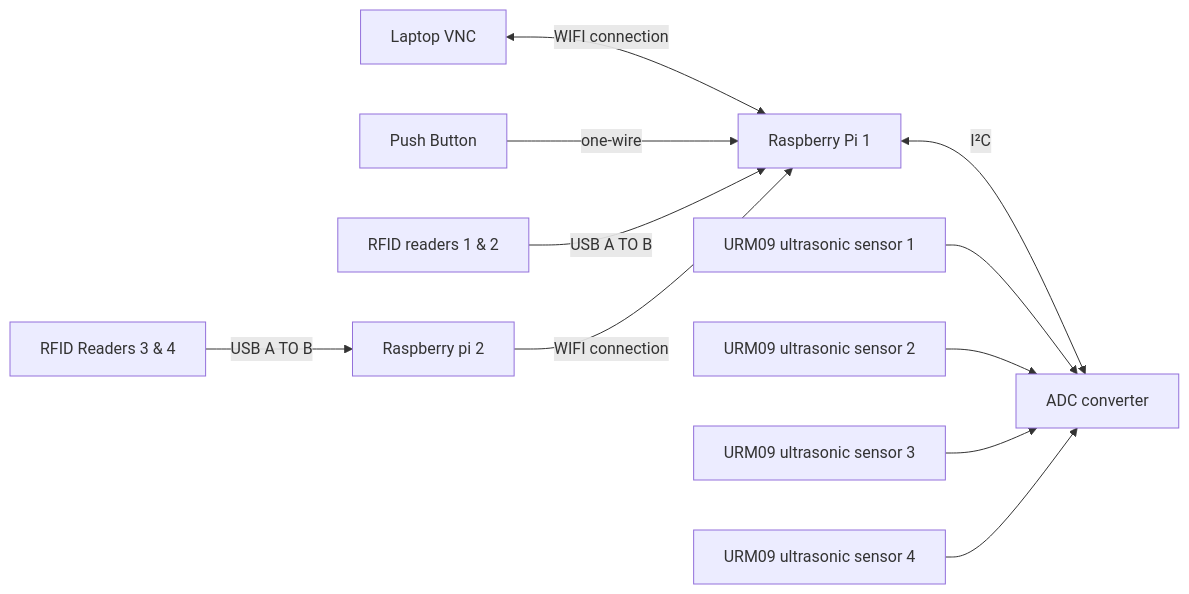
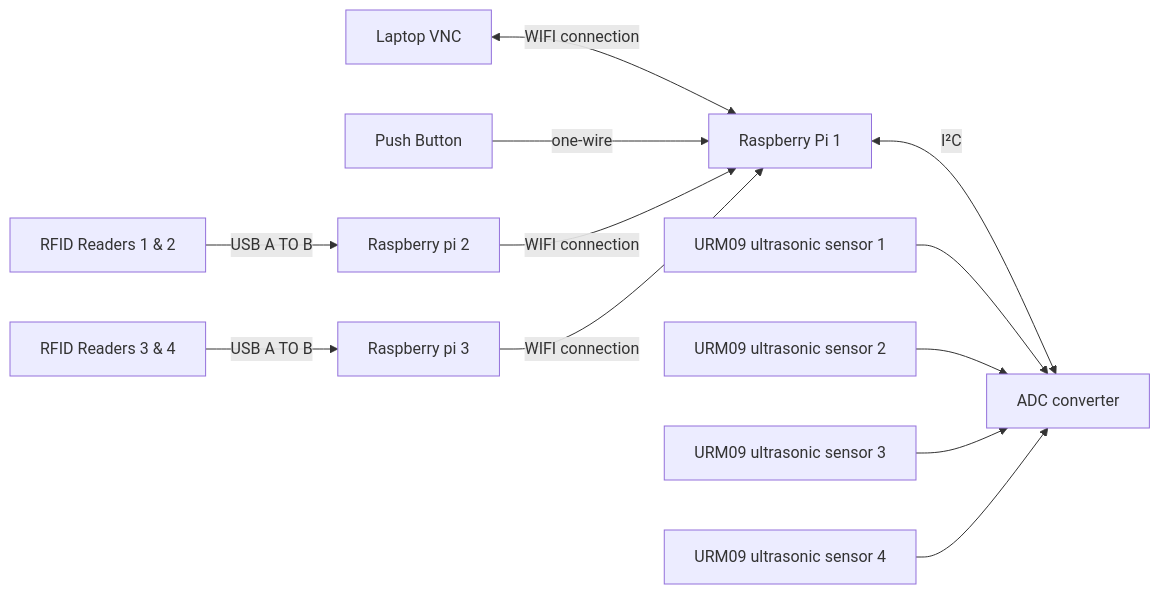
One commit to timsjt/EGL314_TEAMB changed the first of 2 diagrams in README.md. Above: the diagram before and after it, drawn with Mermaid. The commit also changed other lines of this file, not shown here.

````diff
--- a/README.md
+++ b/README.md
@@ -27,14 +27,16 @@
 ```mermaid
 graph LR
 
 A[Laptop VNC] <--WIFI connection-->B[Raspberry Pi 1]<--I²C-->C[ADC converter]
 D[URM09 ultrasonic sensor 1]-->C
 E[URM09 ultrasonic sensor 2]-->C
 F[URM09 ultrasonic sensor 3]-->C
 G[URM09 ultrasonic sensor 4]-->C
 H[Push Button]-- one-wire -->B
-I[RFID readers 1 & 2]--USB A TO B--> B
-J[Raspberry pi 2]--WIFI connection-->B
-K[RFID Readers 3 & 4]--USB A TO B -->J
+K[RFID Readers 1 & 2]--USB A TO B -->J[Raspberry pi 2]
+M[RFID Readers 3 & 4]--USB A TO B-->L[Raspberry pi 3]
+J[Raspberry pi 2]--WIFI connection-->B[Raspberry Pi 1]
+L[Raspberry pi 3]--WIFI connection-->B[Raspberry Pi 1]
+
 
 ```
````
